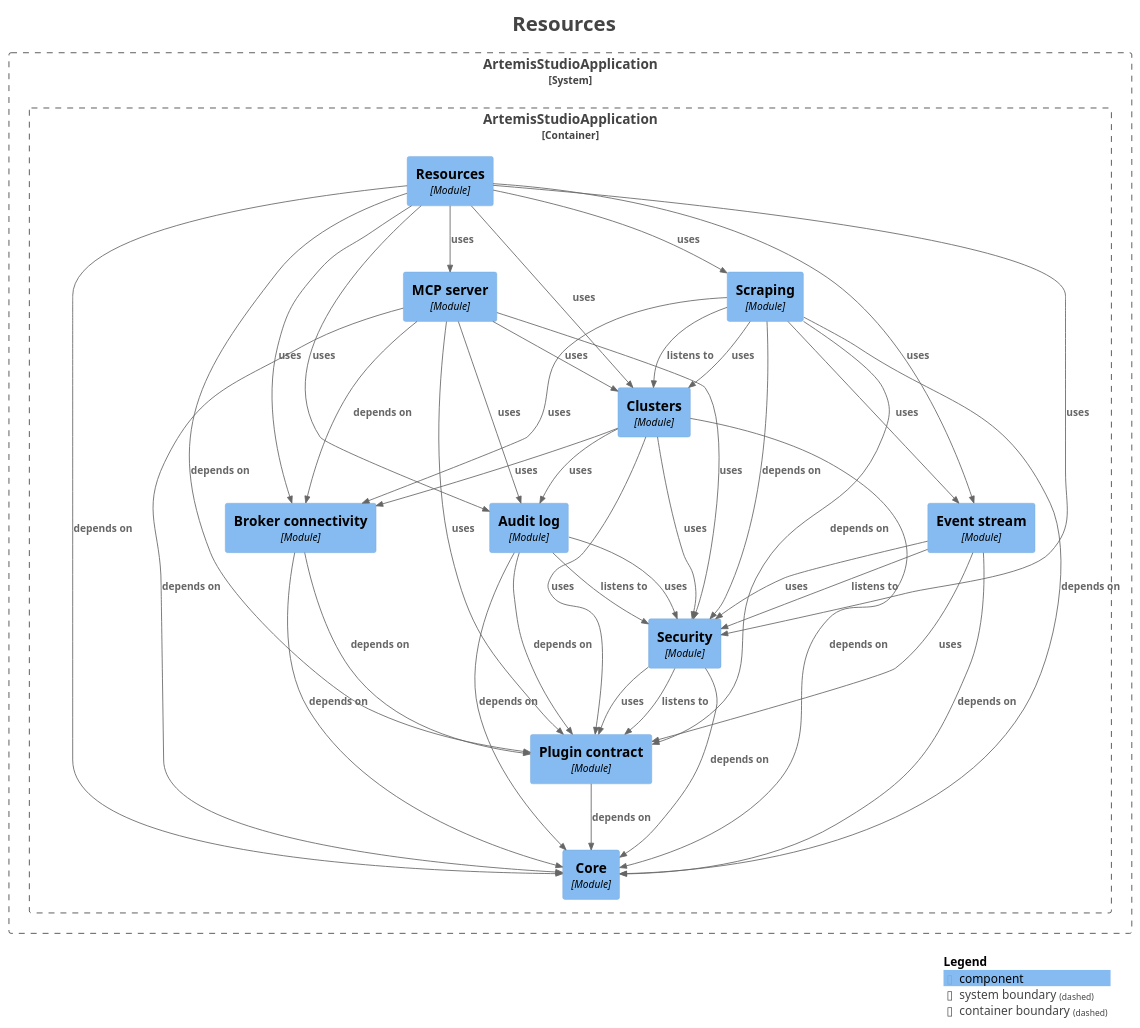
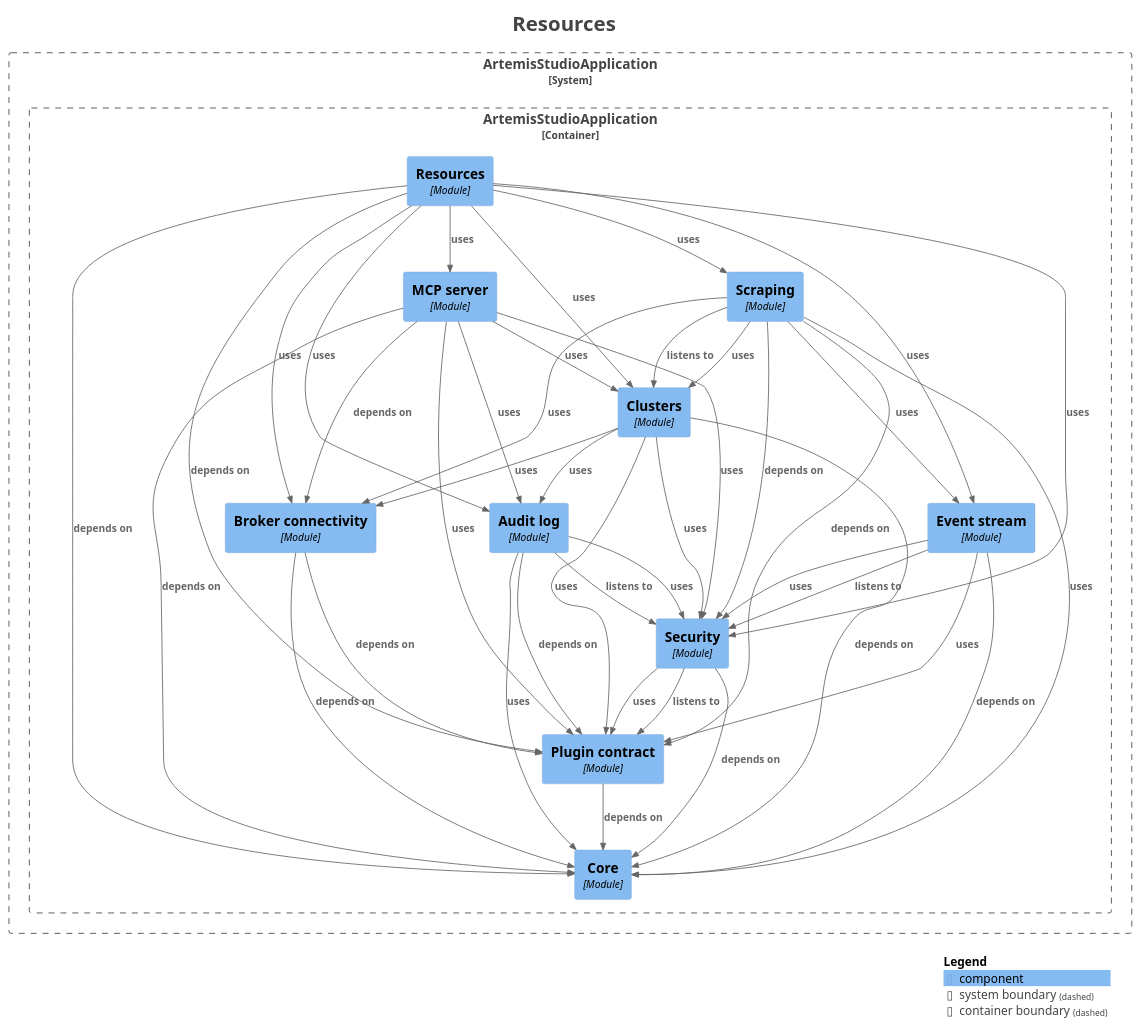
The diagram in docs/modules/module-feature.resources.puml (sudoitir/artemis-studio), drawn with PlantUML before and after one commit. The commit also changed 90 other files, not shown here.

```diff
--- a/docs/modules/module-feature.resources.puml
+++ b/docs/modules/module-feature.resources.puml
@@ -1,78 +1,78 @@
 @startuml
 title <size:24>Resources</size>
 
 set separator none
 top to bottom direction
 
 <style>
   root {
     BackgroundColor: #ffffff
     FontColor: #444444
   }
 </style>
 
 !include <C4/C4>
 !include <C4/C4_Context>
 !include <C4/C4_Component>
 
 System_Boundary("ArtemisStudioApplication_boundary", "ArtemisStudioApplication", $tags="") {
   Container_Boundary("ArtemisStudioApplication.ArtemisStudioApplication_boundary", "ArtemisStudioApplication", $tags="") {
     Component(ArtemisStudioApplication.ArtemisStudioApplication.Auditlog, "Audit log", $techn="Module", $descr="", $tags="", $link="")
     Component(ArtemisStudioApplication.ArtemisStudioApplication.Brokerconnectivity, "Broker connectivity", $techn="Module", $descr="", $tags="", $link="")
     Component(ArtemisStudioApplication.ArtemisStudioApplication.Clusters, "Clusters", $techn="Module", $descr="", $tags="", $link="")
     Component(ArtemisStudioApplication.ArtemisStudioApplication.Core, "Core", $techn="Module", $descr="", $tags="", $link="")
     Component(ArtemisStudioApplication.ArtemisStudioApplication.Eventstream, "Event stream", $techn="Module", $descr="", $tags="", $link="")
     Component(ArtemisStudioApplication.ArtemisStudioApplication.MCPserver, "MCP server", $techn="Module", $descr="", $tags="", $link="")
     Component(ArtemisStudioApplication.ArtemisStudioApplication.Plugincontract, "Plugin contract", $techn="Module", $descr="", $tags="", $link="")
     Component(ArtemisStudioApplication.ArtemisStudioApplication.Resources, "Resources", $techn="Module", $descr="", $tags="", $link="")
     Component(ArtemisStudioApplication.ArtemisStudioApplication.Scraping, "Scraping", $techn="Module", $descr="", $tags="", $link="")
     Component(ArtemisStudioApplication.ArtemisStudioApplication.Security, "Security", $techn="Module", $descr="", $tags="", $link="")
   }
 
 }
 
-Rel(ArtemisStudioApplication.ArtemisStudioApplication.Auditlog, ArtemisStudioApplication.ArtemisStudioApplication.Core, "depends on", $techn="", $tags="", $link="")
+Rel(ArtemisStudioApplication.ArtemisStudioApplication.Auditlog, ArtemisStudioApplication.ArtemisStudioApplication.Core, "uses", $techn="", $tags="", $link="")
 Rel(ArtemisStudioApplication.ArtemisStudioApplication.Auditlog, ArtemisStudioApplication.ArtemisStudioApplication.Plugincontract, "depends on", $techn="", $tags="", $link="")
 Rel(ArtemisStudioApplication.ArtemisStudioApplication.Auditlog, ArtemisStudioApplication.ArtemisStudioApplication.Security, "listens to", $techn="", $tags="", $link="")
 Rel(ArtemisStudioApplication.ArtemisStudioApplication.Auditlog, ArtemisStudioApplication.ArtemisStudioApplication.Security, "uses", $techn="", $tags="", $link="")
 Rel(ArtemisStudioApplication.ArtemisStudioApplication.Brokerconnectivity, ArtemisStudioApplication.ArtemisStudioApplication.Core, "depends on", $techn="", $tags="", $link="")
 Rel(ArtemisStudioApplication.ArtemisStudioApplication.Brokerconnectivity, ArtemisStudioApplication.ArtemisStudioApplication.Plugincontract, "depends on", $techn="", $tags="", $link="")
 Rel(ArtemisStudioApplication.ArtemisStudioApplication.Clusters, ArtemisStudioApplication.ArtemisStudioApplication.Auditlog, "uses", $techn="", $tags="", $link="")
 Rel(ArtemisStudioApplication.ArtemisStudioApplication.Clusters, ArtemisStudioApplication.ArtemisStudioApplication.Brokerconnectivity, "uses", $techn="", $tags="", $link="")
 Rel(ArtemisStudioApplication.ArtemisStudioApplication.Clusters, ArtemisStudioApplication.ArtemisStudioApplication.Core, "depends on", $techn="", $tags="", $link="")
 Rel(ArtemisStudioApplication.ArtemisStudioApplication.Clusters, ArtemisStudioApplication.ArtemisStudioApplication.Plugincontract, "uses", $techn="", $tags="", $link="")
 Rel(ArtemisStudioApplication.ArtemisStudioApplication.Clusters, ArtemisStudioApplication.ArtemisStudioApplication.Security, "uses", $techn="", $tags="", $link="")
 Rel(ArtemisStudioApplication.ArtemisStudioApplication.Eventstream, ArtemisStudioApplication.ArtemisStudioApplication.Core, "depends on", $techn="", $tags="", $link="")
 Rel(ArtemisStudioApplication.ArtemisStudioApplication.Eventstream, ArtemisStudioApplication.ArtemisStudioApplication.Plugincontract, "uses", $techn="", $tags="", $link="")
 Rel(ArtemisStudioApplication.ArtemisStudioApplication.Eventstream, ArtemisStudioApplication.ArtemisStudioApplication.Security, "listens to", $techn="", $tags="", $link="")
 Rel(ArtemisStudioApplication.ArtemisStudioApplication.Eventstream, ArtemisStudioApplication.ArtemisStudioApplication.Security, "uses", $techn="", $tags="", $link="")
 Rel(ArtemisStudioApplication.ArtemisStudioApplication.MCPserver, ArtemisStudioApplication.ArtemisStudioApplication.Auditlog, "uses", $techn="", $tags="", $link="")
 Rel(ArtemisStudioApplication.ArtemisStudioApplication.MCPserver, ArtemisStudioApplication.ArtemisStudioApplication.Brokerconnectivity, "depends on", $techn="", $tags="", $link="")
 Rel(ArtemisStudioApplication.ArtemisStudioApplication.MCPserver, ArtemisStudioApplication.ArtemisStudioApplication.Clusters, "uses", $techn="", $tags="", $link="")
 Rel(ArtemisStudioApplication.ArtemisStudioApplication.MCPserver, ArtemisStudioApplication.ArtemisStudioApplication.Core, "depends on", $techn="", $tags="", $link="")
 Rel(ArtemisStudioApplication.ArtemisStudioApplication.MCPserver, ArtemisStudioApplication.ArtemisStudioApplication.Plugincontract, "uses", $techn="", $tags="", $link="")
 Rel(ArtemisStudioApplication.ArtemisStudioApplication.MCPserver, ArtemisStudioApplication.ArtemisStudioApplication.Security, "uses", $techn="", $tags="", $link="")
 Rel(ArtemisStudioApplication.ArtemisStudioApplication.Plugincontract, ArtemisStudioApplication.ArtemisStudioApplication.Core, "depends on", $techn="", $tags="", $link="")
 Rel(ArtemisStudioApplication.ArtemisStudioApplication.Resources, ArtemisStudioApplication.ArtemisStudioApplication.Auditlog, "uses", $techn="", $tags="", $link="")
 Rel(ArtemisStudioApplication.ArtemisStudioApplication.Resources, ArtemisStudioApplication.ArtemisStudioApplication.Brokerconnectivity, "uses", $techn="", $tags="", $link="")
 Rel(ArtemisStudioApplication.ArtemisStudioApplication.Resources, ArtemisStudioApplication.ArtemisStudioApplication.Clusters, "uses", $techn="", $tags="", $link="")
 Rel(ArtemisStudioApplication.ArtemisStudioApplication.Resources, ArtemisStudioApplication.ArtemisStudioApplication.Core, "depends on", $techn="", $tags="", $link="")
 Rel(ArtemisStudioApplication.ArtemisStudioApplication.Resources, ArtemisStudioApplication.ArtemisStudioApplication.Eventstream, "uses", $techn="", $tags="", $link="")
 Rel(ArtemisStudioApplication.ArtemisStudioApplication.Resources, ArtemisStudioApplication.ArtemisStudioApplication.MCPserver, "uses", $techn="", $tags="", $link="")
 Rel(ArtemisStudioApplication.ArtemisStudioApplication.Resources, ArtemisStudioApplication.ArtemisStudioApplication.Plugincontract, "depends on", $techn="", $tags="", $link="")
 Rel(ArtemisStudioApplication.ArtemisStudioApplication.Resources, ArtemisStudioApplication.ArtemisStudioApplication.Scraping, "uses", $techn="", $tags="", $link="")
 Rel(ArtemisStudioApplication.ArtemisStudioApplication.Resources, ArtemisStudioApplication.ArtemisStudioApplication.Security, "uses", $techn="", $tags="", $link="")
 Rel(ArtemisStudioApplication.ArtemisStudioApplication.Scraping, ArtemisStudioApplication.ArtemisStudioApplication.Brokerconnectivity, "uses", $techn="", $tags="", $link="")
 Rel(ArtemisStudioApplication.ArtemisStudioApplication.Scraping, ArtemisStudioApplication.ArtemisStudioApplication.Clusters, "listens to", $techn="", $tags="", $link="")
 Rel(ArtemisStudioApplication.ArtemisStudioApplication.Scraping, ArtemisStudioApplication.ArtemisStudioApplication.Clusters, "uses", $techn="", $tags="", $link="")
-Rel(ArtemisStudioApplication.ArtemisStudioApplication.Scraping, ArtemisStudioApplication.ArtemisStudioApplication.Core, "depends on", $techn="", $tags="", $link="")
+Rel(ArtemisStudioApplication.ArtemisStudioApplication.Scraping, ArtemisStudioApplication.ArtemisStudioApplication.Core, "uses", $techn="", $tags="", $link="")
 Rel(ArtemisStudioApplication.ArtemisStudioApplication.Scraping, ArtemisStudioApplication.ArtemisStudioApplication.Eventstream, "uses", $techn="", $tags="", $link="")
 Rel(ArtemisStudioApplication.ArtemisStudioApplication.Scraping, ArtemisStudioApplication.ArtemisStudioApplication.Plugincontract, "depends on", $techn="", $tags="", $link="")
 Rel(ArtemisStudioApplication.ArtemisStudioApplication.Scraping, ArtemisStudioApplication.ArtemisStudioApplication.Security, "depends on", $techn="", $tags="", $link="")
 Rel(ArtemisStudioApplication.ArtemisStudioApplication.Security, ArtemisStudioApplication.ArtemisStudioApplication.Core, "depends on", $techn="", $tags="", $link="")
 Rel(ArtemisStudioApplication.ArtemisStudioApplication.Security, ArtemisStudioApplication.ArtemisStudioApplication.Plugincontract, "listens to", $techn="", $tags="", $link="")
 Rel(ArtemisStudioApplication.ArtemisStudioApplication.Security, ArtemisStudioApplication.ArtemisStudioApplication.Plugincontract, "uses", $techn="", $tags="", $link="")
 
 SHOW_LEGEND(true)
 hide stereotypes
 @enduml
```
